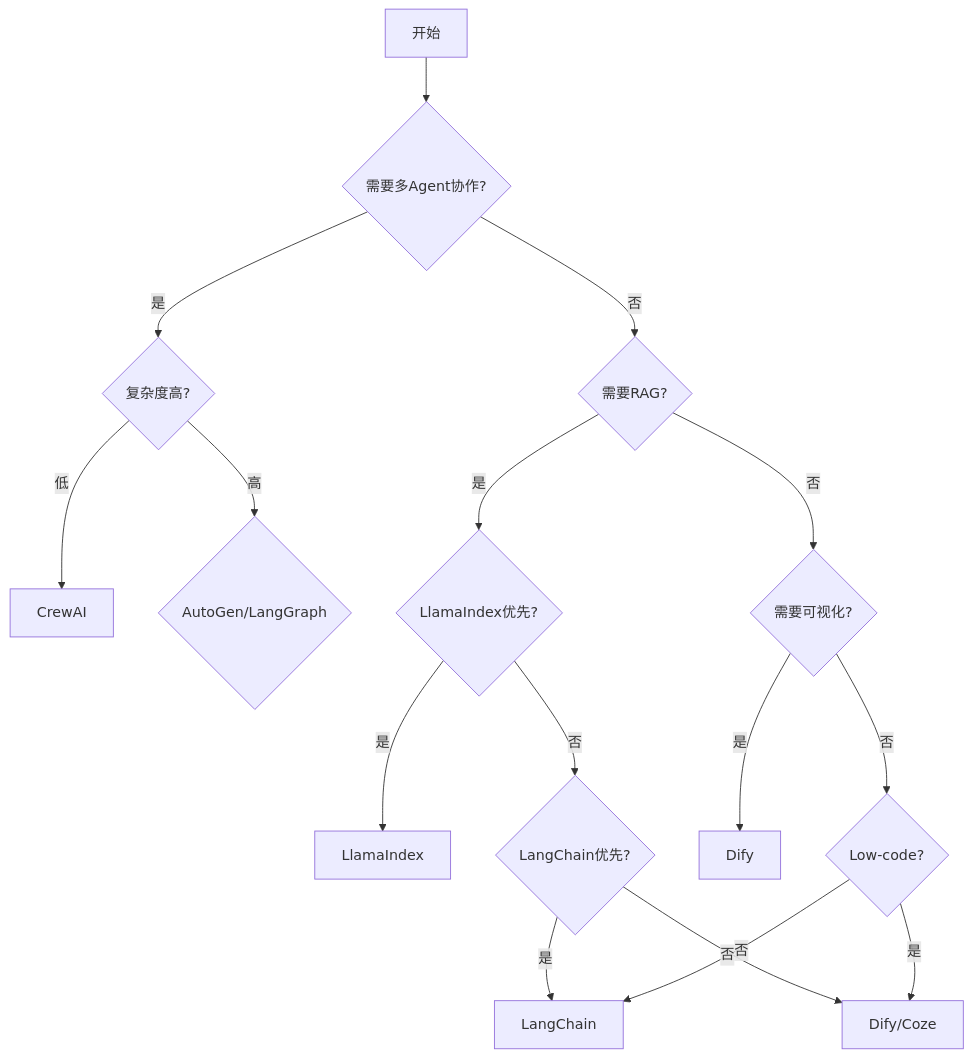
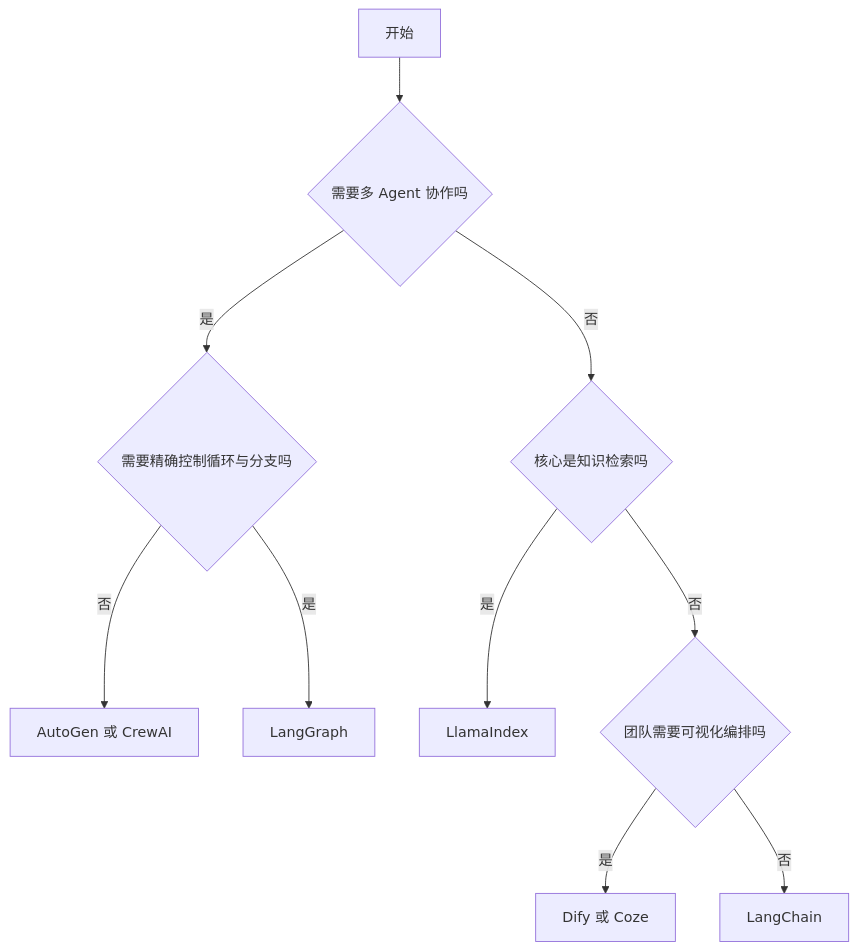
Before and after one commit to Shyu-x/frontend-interview: the sixth of 7 diagrams in docs/agent/foundations/agent-frameworks.md, drawn with Mermaid. The commit also changed other lines of this file and 58 other files, not shown here.

First line of the commit message:
docs(agent): 重写 40 个旧 Agent 页，新增会话存储专题与七天 MiniCode 课程

````diff
--- a/docs/agent/foundations/agent-frameworks.md
+++ b/docs/agent/foundations/agent-frameworks.md
@@ -717,18 +995,12 @@
 ```mermaid
 flowchart TD
-    A[开始] --> B{需要多Agent协作?}
-    B -->|否| C{需要RAG?}
-    B -->|是| D{复杂度高?}
-    D -->|低| E[CrewAI]
-    D -->|高| F{AutoGen/LangGraph}
-    C -->|是| G{LlamaIndex优先?}
-    C -->|否| H{需要可视化?}
-    G -->|是| I[LlamaIndex]
-    G -->|否| J{LangChain优先?}
-    J -->|是| K[LangChain]
-    J -->|否| L[Dify/Coze]
-    H -->|是| M[Dify]
-    H -->|否| N{Low-code?}
-    N -->|是| L
-    N -->|否| K
+    A["开始"] --> B{"需要多 Agent 协作吗"}
+    B -->|"否"| C{"核心是知识检索吗"}
+    B -->|"是"| D{"需要精确控制循环与分支吗"}
+    D -->|"否"| E["AutoGen 或 CrewAI"]
+    D -->|"是"| F["LangGraph"]
+    C -->|"是"| G["LlamaIndex"]
+    C -->|"否"| H{"团队需要可视化编排吗"}
+    H -->|"是"| I["Dify 或 Coze"]
+    H -->|"否"| J["LangChain"]
 ```
````
